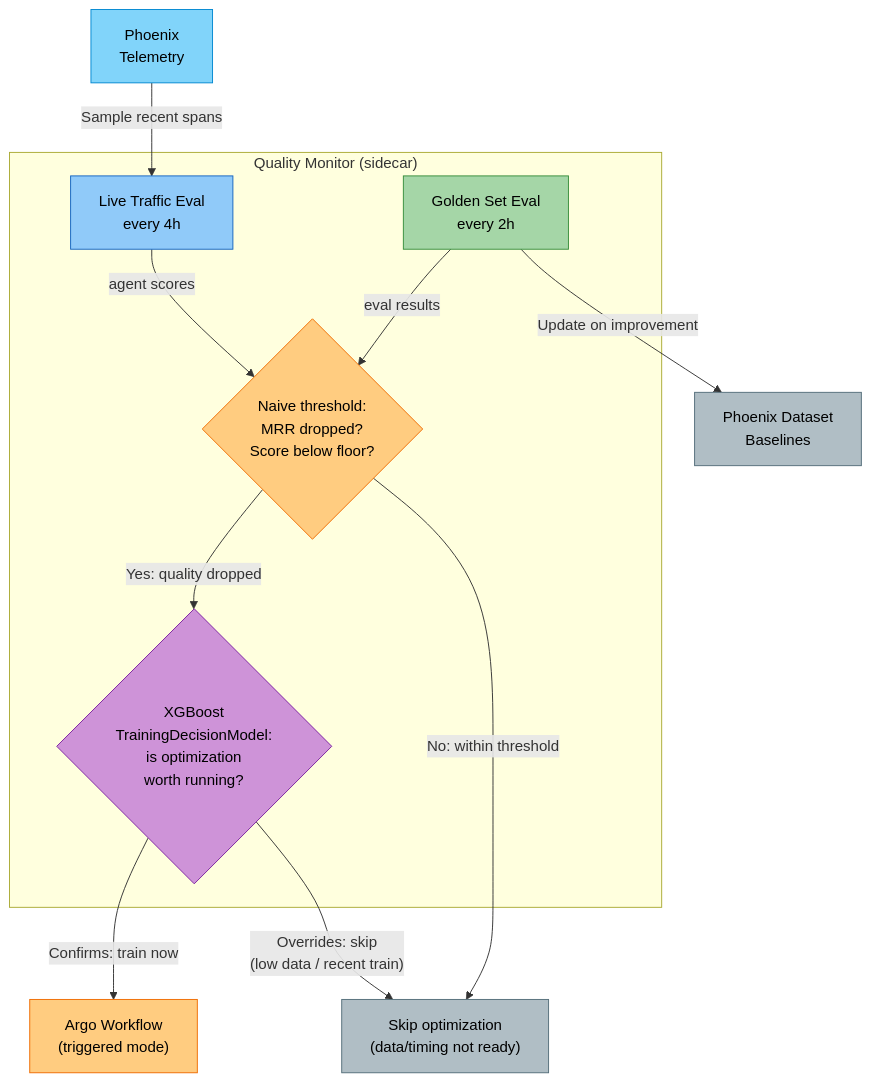
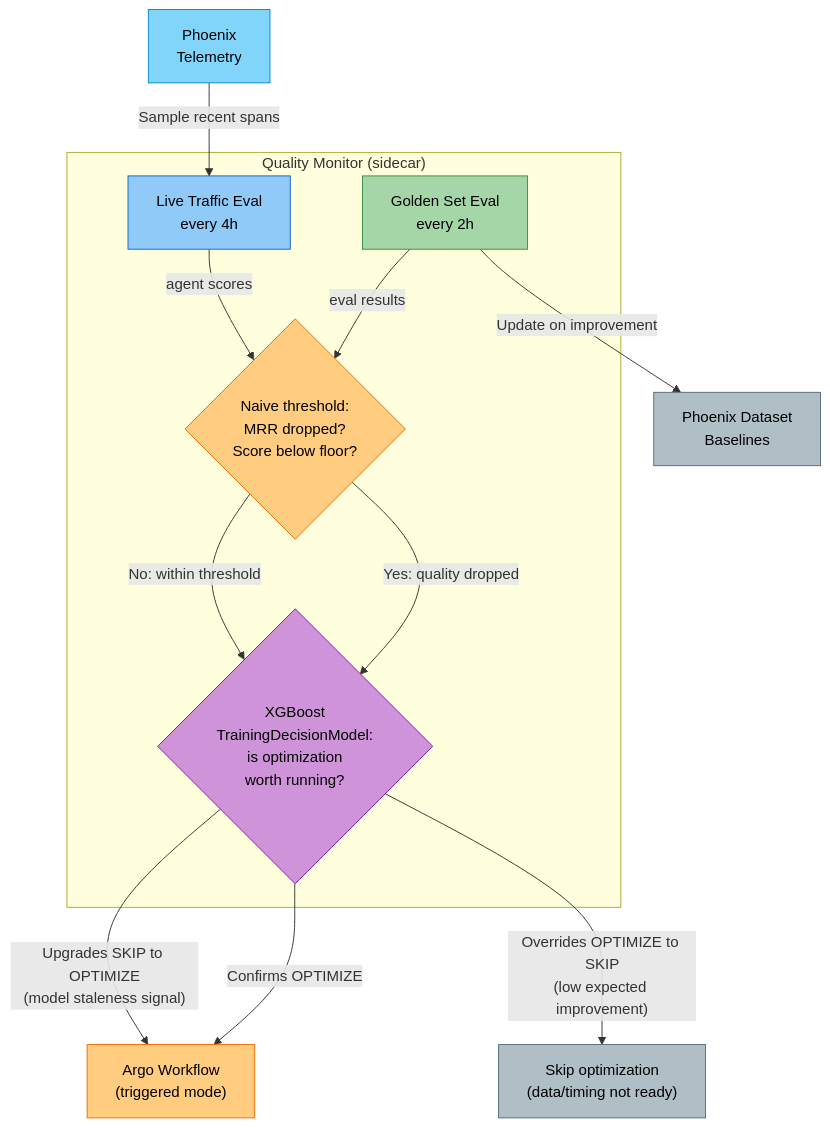
The seventh of 8 diagrams in docs/architecture/evaluation-optimization-loop.md (amit-jain/cogniverse), drawn with Mermaid before and after one commit. The commit also changed other lines of this file and 50 other files, not shown here.

First line of the commit message:
Complete and verify docs against code with mermaid palette

````diff
--- a/docs/architecture/evaluation-optimization-loop.md
+++ b/docs/architecture/evaluation-optimization-loop.md
@@ -613,34 +675,35 @@
 ```mermaid
 flowchart TD
     subgraph "Quality Monitor (sidecar)"
         GM["<span style='color:#000'>Golden Set Eval<br/>every 2h</span>"]
         LT["<span style='color:#000'>Live Traffic Eval<br/>every 4h</span>"]
         THR{"<span style='color:#000'>Naive threshold:<br/>MRR dropped?<br/>Score below floor?</span>"}
         XGB{"<span style='color:#000'>XGBoost<br/>TrainingDecisionModel:<br/>is optimization<br/>worth running?</span>"}
     end
 
     PHX["<span style='color:#000'>Phoenix<br/>Telemetry</span>"]
     ARGO["<span style='color:#000'>Argo Workflow<br/>(triggered mode)</span>"]
     BASELINE["<span style='color:#000'>Phoenix Dataset<br/>Baselines</span>"]
     SKIP["<span style='color:#000'>Skip optimization<br/>(data/timing not ready)</span>"]
 
     GM -->|"eval results"| THR
     LT -->|"agent scores"| THR
     PHX -->|"Sample recent spans"| LT
     GM -->|"Update on improvement"| BASELINE
 
     THR -- "Yes: quality dropped" --> XGB
-    THR -- "No: within threshold" --> SKIP
+    THR -- "No: within threshold" --> XGB
 
-    XGB -- "Confirms: train now" --> ARGO
-    XGB -- "Overrides: skip\n(low data / recent train)" --> SKIP
+    XGB -- "Confirms OPTIMIZE" --> ARGO
+    XGB -- "Overrides OPTIMIZE to SKIP\n(low expected improvement)" --> SKIP
+    XGB -- "Upgrades SKIP to OPTIMIZE\n(model staleness signal)" --> ARGO
 
     style GM fill:#a5d6a7,stroke:#388e3c,color:#000
     style LT fill:#90caf9,stroke:#1565c0,color:#000
     style THR fill:#ffcc80,stroke:#ef6c00,color:#000
     style XGB fill:#ce93d8,stroke:#7b1fa2,color:#000
     style PHX fill:#81d4fa,stroke:#0288d1,color:#000
     style ARGO fill:#ffcc80,stroke:#ef6c00,color:#000
     style BASELINE fill:#b0bec5,stroke:#546e7a,color:#000
     style SKIP fill:#b0bec5,stroke:#546e7a,color:#000
 ```
````
